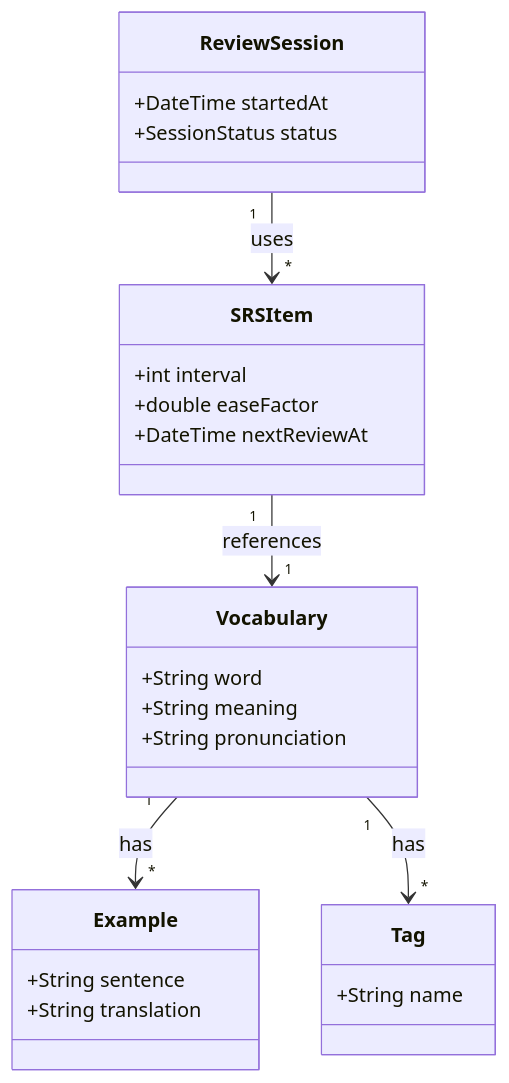
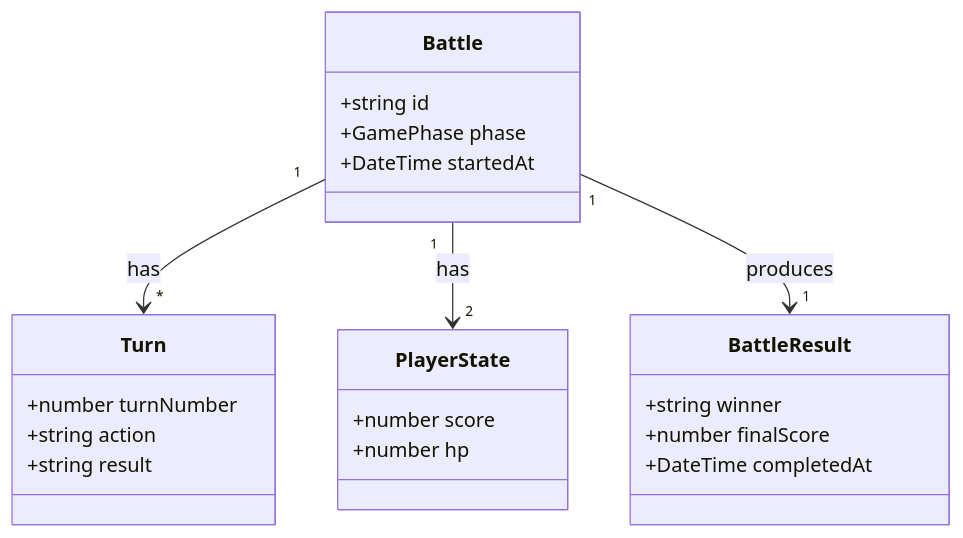
The fourth of 5 diagrams in .claude/skills/domain-modeler/references/ddd-strategic-patterns.md (buddypia/kaiju-voice), drawn with Mermaid before and after one commit. The commit also changed other lines of this file and 353 other files, not shown here.

````diff
--- a/.claude/skills/domain-modeler/references/ddd-strategic-patterns.md
+++ b/.claude/skills/domain-modeler/references/ddd-strategic-patterns.md
@@ -234,29 +233,26 @@
 ```mermaid
 classDiagram
-    class Vocabulary {
-        +String word
-        +String meaning
-        +String pronunciation
+    class Battle {
+        +string id
+        +GamePhase phase
+        +DateTime startedAt
     }
-    class Example {
-        +String sentence
-        +String translation
+    class Turn {
+        +number turnNumber
+        +string action
+        +string result
     }
-    class Tag {
-        +String name
+    class PlayerState {
+        +number score
+        +number hp
     }
-    class ReviewSession {
-        +DateTime startedAt
-        +SessionStatus status
-    }
-    class SRSItem {
-        +int interval
-        +double easeFactor
-        +DateTime nextReviewAt
+    class BattleResult {
+        +string winner
+        +number finalScore
+        +DateTime completedAt
     }
 
-    Vocabulary "1" --> "*" Example : has
-    Vocabulary "1" --> "*" Tag : has
-    ReviewSession "1" --> "*" SRSItem : uses
-    SRSItem "1" --> "1" Vocabulary : references
+    Battle "1" --> "*" Turn : has
+    Battle "1" --> "2" PlayerState : has
+    Battle "1" --> "1" BattleResult : produces
 ```
````
